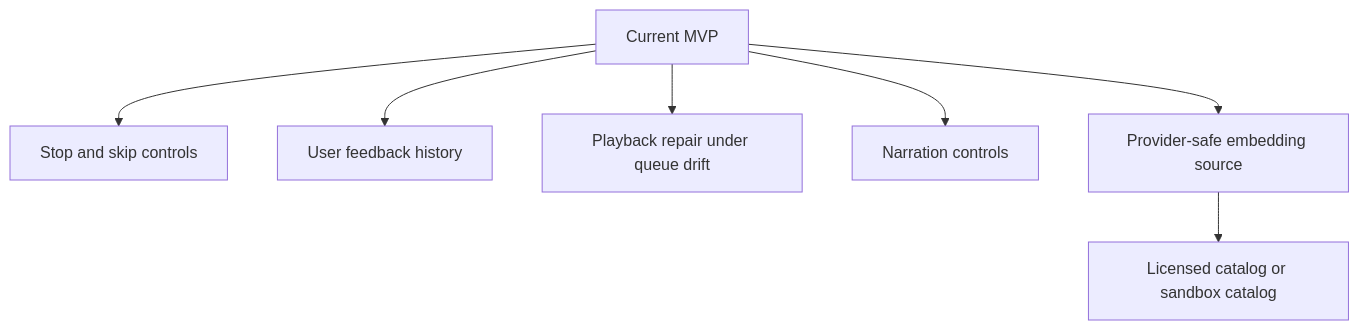
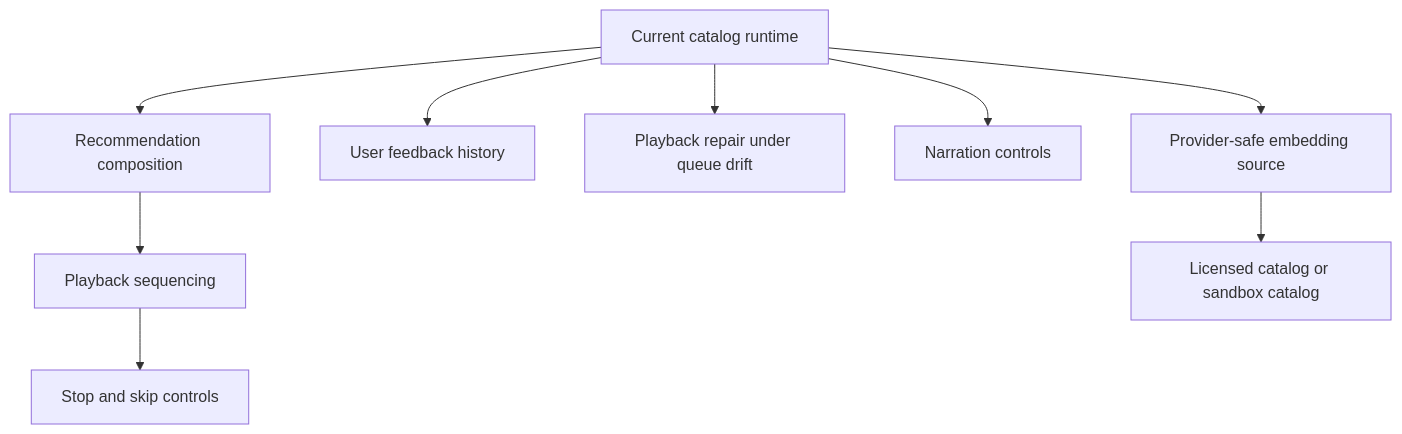
The diagram in wiki/roadmap.md (AdamPSU/agent-dj), drawn with Mermaid before and after one commit. The commit also changed other lines of this file and 19 other files, not shown here.

Commit message:
remove recommendation runtime glue

````diff
--- a/wiki/roadmap.md
+++ b/wiki/roadmap.md
@@ -24,9 +24,11 @@
 ```mermaid
 graph TD
-    A["Current MVP"] --> B["Stop and skip controls"]
+    A["Current catalog runtime"] --> B["Recommendation composition"]
+    B --> H["Playback sequencing"]
+    H --> I["Stop and skip controls"]
     A --> C["User feedback history"]
     A --> D["Playback repair under queue drift"]
     A --> E["Narration controls"]
     A --> F["Provider-safe embedding source"]
     F --> G["Licensed catalog or sandbox catalog"]
 ```
````
